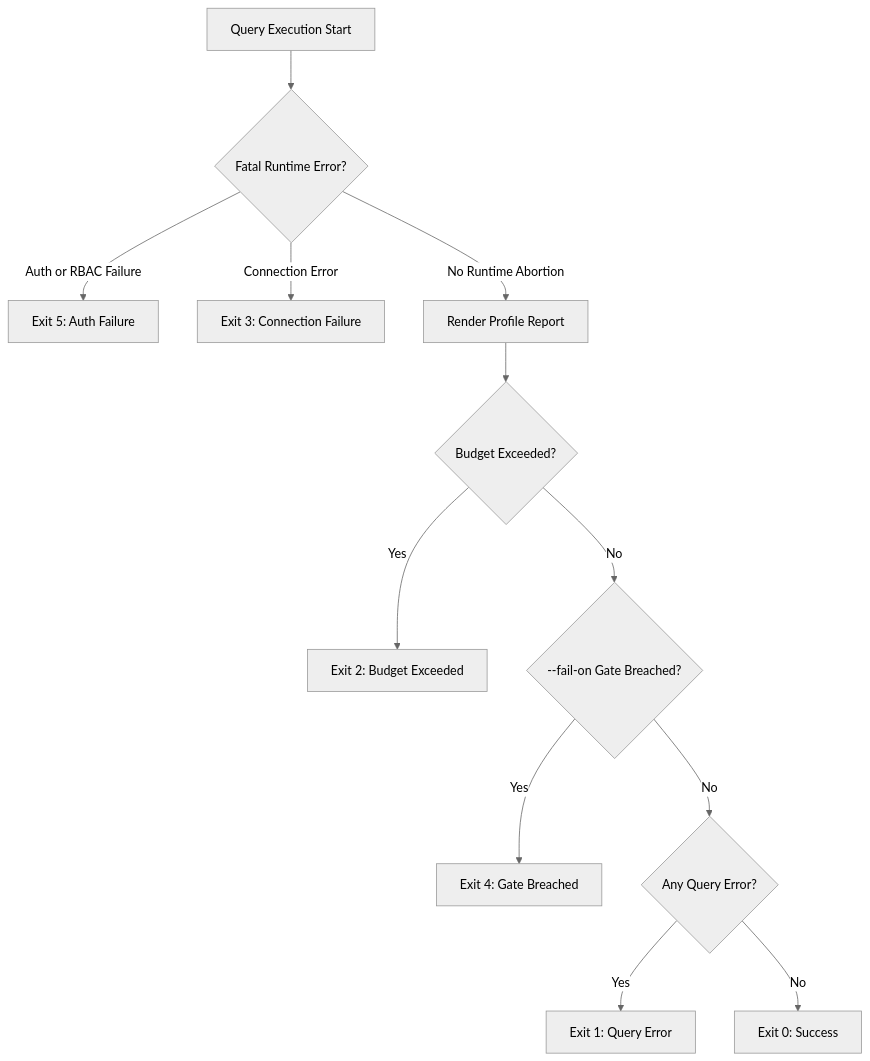
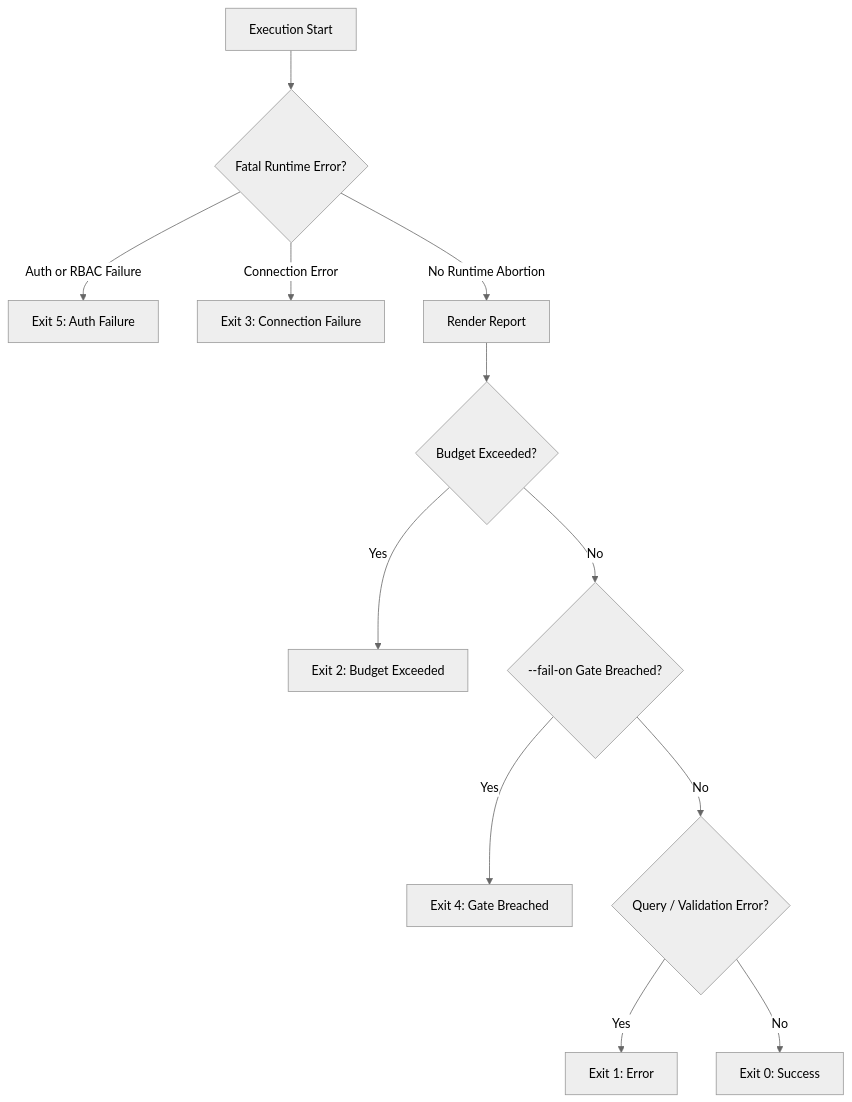
One commit to mwalczyk81/querylens changed the third of 3 diagrams in docs/ARCHITECTURE.md. Above: the diagram before and after it, drawn with Mermaid (neutral theme). The commit also changed other lines of this file and 40 other files, not shown here.

````diff
--- a/docs/ARCHITECTURE.md
+++ b/docs/ARCHITECTURE.md
@@ -40,14 +63,14 @@
 ```mermaid
 flowchart TD
-    START["Query Execution Start"] --> RUNTIME{"Fatal Runtime Error?"}
+    START["Execution Start"] --> RUNTIME{"Fatal Runtime Error?"}
     RUNTIME -- "Auth or RBAC Failure" --> EXIT5["Exit 5: Auth Failure"]
     RUNTIME -- "Connection Error" --> EXIT3["Exit 3: Connection Failure"]
-    RUNTIME -- "No Runtime Abortion" --> COMPLETE["Render Profile Report"]
+    RUNTIME -- "No Runtime Abortion" --> COMPLETE["Render Report"]
     COMPLETE --> BUDGET{"Budget Exceeded?"}
     BUDGET -- "Yes" --> EXIT2["Exit 2: Budget Exceeded"]
     BUDGET -- "No" --> GATE{"--fail-on Gate Breached?"}
     GATE -- "Yes" --> EXIT4["Exit 4: Gate Breached"]
-    GATE -- "No" --> QUERYERR{"Any Query Error?"}
-    QUERYERR -- "Yes" --> EXIT1["Exit 1: Query Error"]
+    GATE -- "No" --> QUERYERR{"Query / Validation Error?"}
+    QUERYERR -- "Yes" --> EXIT1["Exit 1: Error"]
     QUERYERR -- "No" --> EXIT0["Exit 0: Success"]
 ```
````
